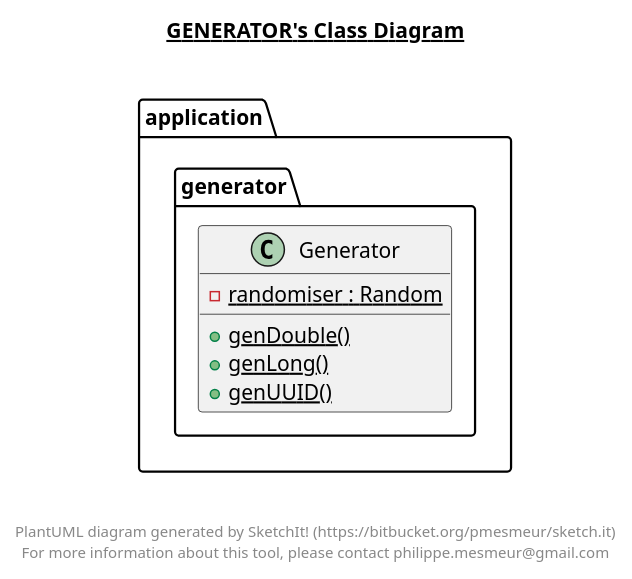
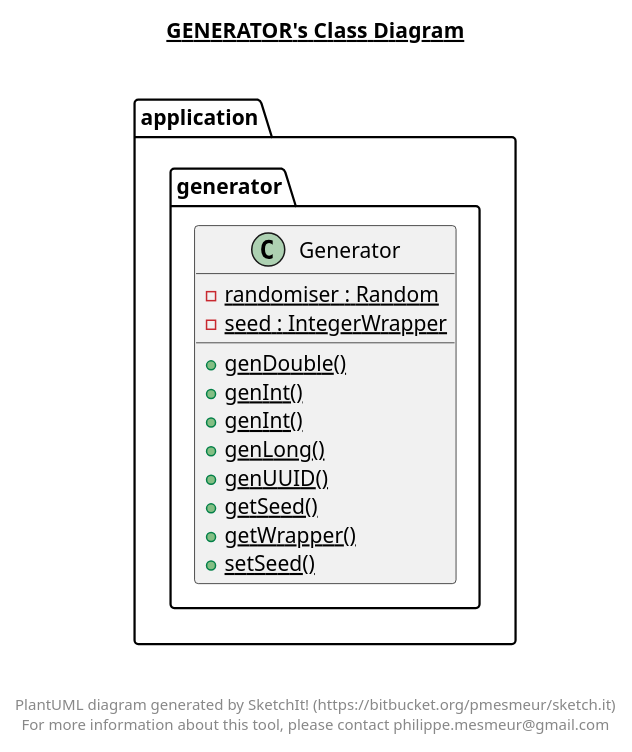
The diagram in src/application/generator/generator.plantuml (Sam-Malpass/Build-A-Net), drawn with PlantUML before and after one commit. The commit also changed 6 other files, not shown here.

Commit message:
Handle UML Diagrams

```diff
--- a/src/application/generator/generator.plantuml
+++ b/src/application/generator/generator.plantuml
@@ -1,26 +1,32 @@
 @startuml
 
 title __GENERATOR's Class Diagram__\n
 
   namespace application {
     namespace generator {
       class application.generator.Generator {
           {static} - randomiser : Random
+          {static} - seed : IntegerWrapper
           {static} + genDouble()
+          {static} + genInt()
+          {static} + genInt()
           {static} + genLong()
           {static} + genUUID()
+          {static} + getSeed()
+          {static} + getWrapper()
+          {static} + setSeed()
       }
     }
   }
   
 
 
 
 right footer
 
 
 PlantUML diagram generated by SketchIt! (https://bitbucket.org/pmesmeur/sketch.it)
 For more information about this tool, please contact philippe.mesmeur@gmail.com
 endfooter
 
 @enduml
```
